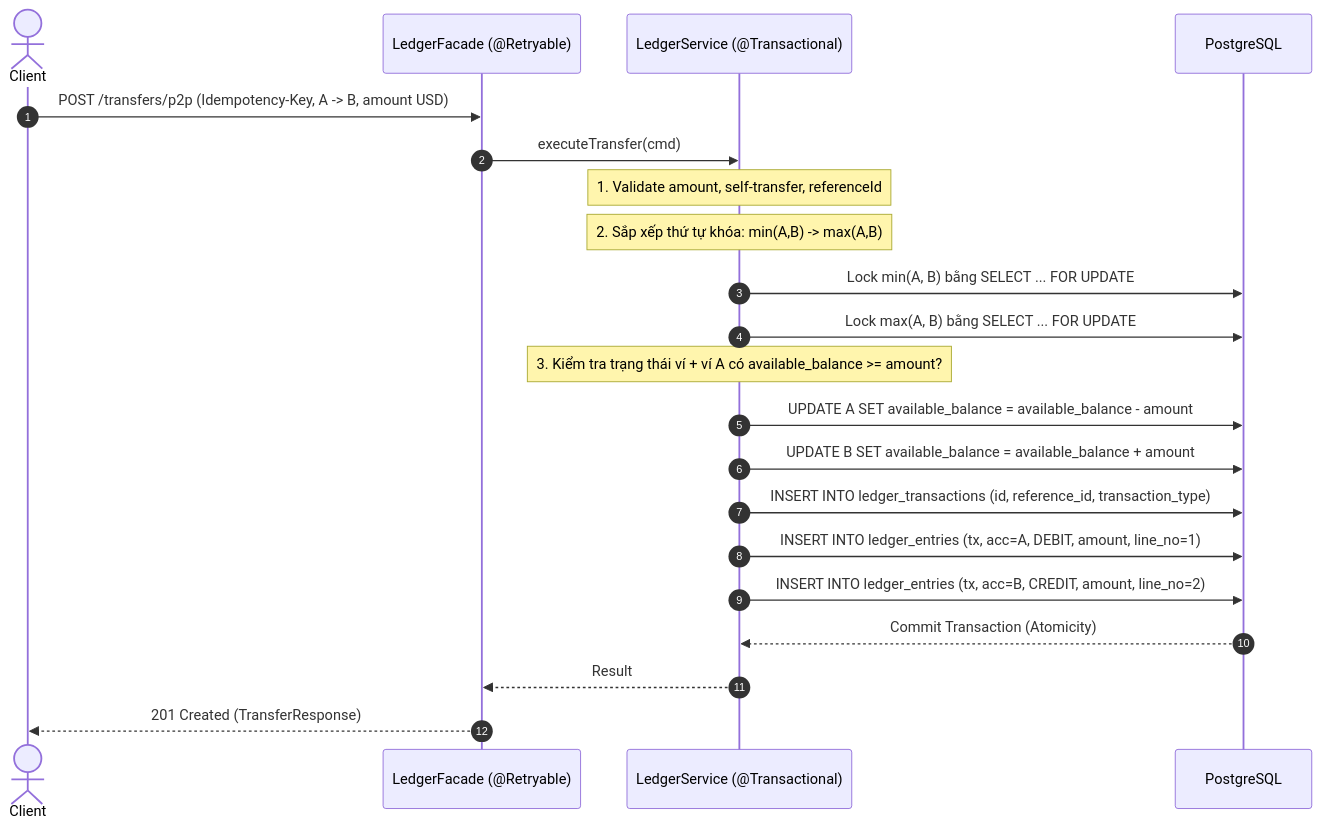
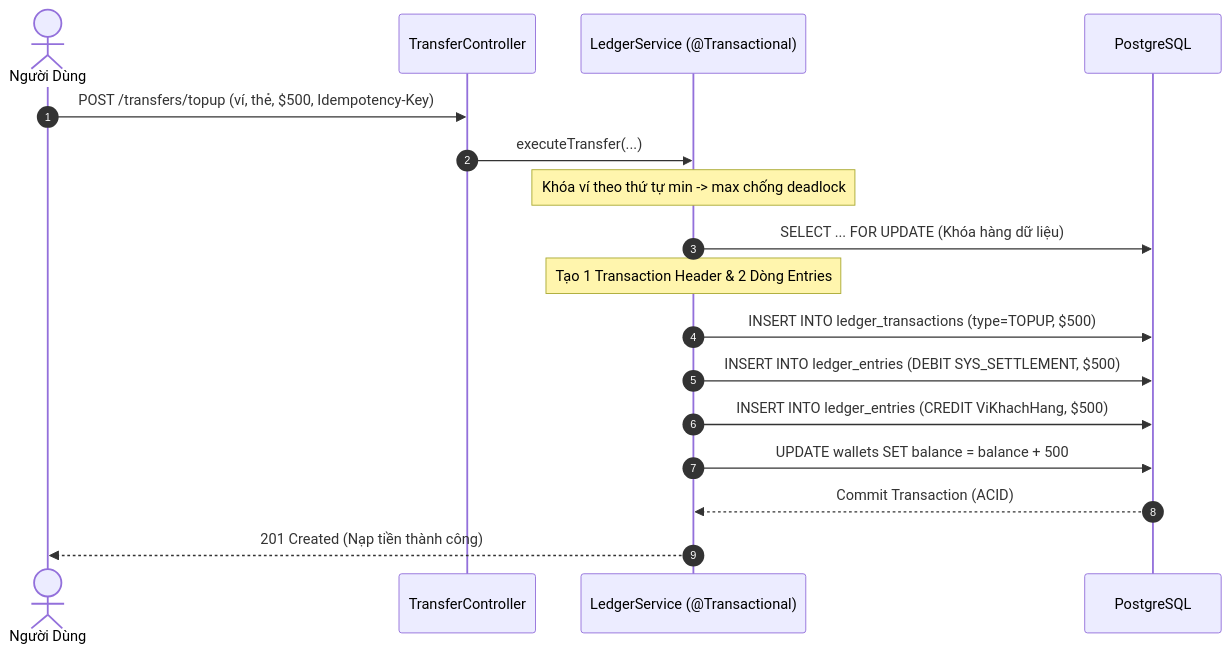
Before and after one commit to dducsw/mini-digital-wallet: the second of 2 diagrams in docs/BUSINESS.md, drawn with Mermaid. The commit also changed other lines of this file and 147 other files, not shown here.

````diff
--- a/docs/BUSINESS.md
+++ b/docs/BUSINESS.md
@@ -136,24 +136,20 @@
 ```mermaid
 sequenceDiagram
     autonumber
-    actor Client
-    participant Facade as LedgerFacade (@Retryable)
-    participant Service as LedgerService (@Transactional)
+    actor KhachHang as Người Dùng
+    participant API as TransferController
+    participant Ledger as LedgerService (@Transactional)
     participant DB as PostgreSQL
 
-    Client->>Facade: POST /transfers/p2p (Idempotency-Key, A -> B, amount USD)
-    Facade->>Service: executeTransfer(cmd)
-    Note over Service: 1. Validate amount, self-transfer, referenceId
-    Note over Service: 2. Sắp xếp thứ tự khóa: min(A,B) -> max(A,B)
-    Service->>DB: Lock min(A, B) bằng SELECT ... FOR UPDATE
-    Service->>DB: Lock max(A, B) bằng SELECT ... FOR UPDATE
-    Note over Service: 3. Kiểm tra trạng thái ví + ví A có available_balance >= amount?
-    Service->>DB: UPDATE A SET available_balance = available_balance - amount
-    Service->>DB: UPDATE B SET available_balance = available_balance + amount
-    Service->>DB: INSERT INTO ledger_transactions (id, reference_id, transaction_type)
-    Service->>DB: INSERT INTO ledger_entries (tx, acc=A, DEBIT, amount, line_no=1)
-    Service->>DB: INSERT INTO ledger_entries (tx, acc=B, CREDIT, amount, line_no=2)
-    DB-->>Service: Commit Transaction (Atomicity)
-    Service-->>Facade: Result
-    Facade-->>Client: 201 Created (TransferResponse)
+    KhachHang->>API: POST /transfers/topup (ví, thẻ, $500, Idempotency-Key)
+    API->>Ledger: executeTransfer(...)
+    Note over Ledger: Khóa ví theo thứ tự min -> max chống deadlock
+    Ledger->>DB: SELECT ... FOR UPDATE (Khóa hàng dữ liệu)
+    Note over Ledger: Tạo 1 Transaction Header & 2 Dòng Entries
+    Ledger->>DB: INSERT INTO ledger_transactions (type=TOPUP, $500)
+    Ledger->>DB: INSERT INTO ledger_entries (DEBIT SYS_SETTLEMENT, $500)
+    Ledger->>DB: INSERT INTO ledger_entries (CREDIT ViKhachHang, $500)
+    Ledger->>DB: UPDATE wallets SET balance = balance + 500
+    DB-->>Ledger: Commit Transaction (ACID)
+    Ledger-->>KhachHang: 201 Created (Nạp tiền thành công)
 ```
````
